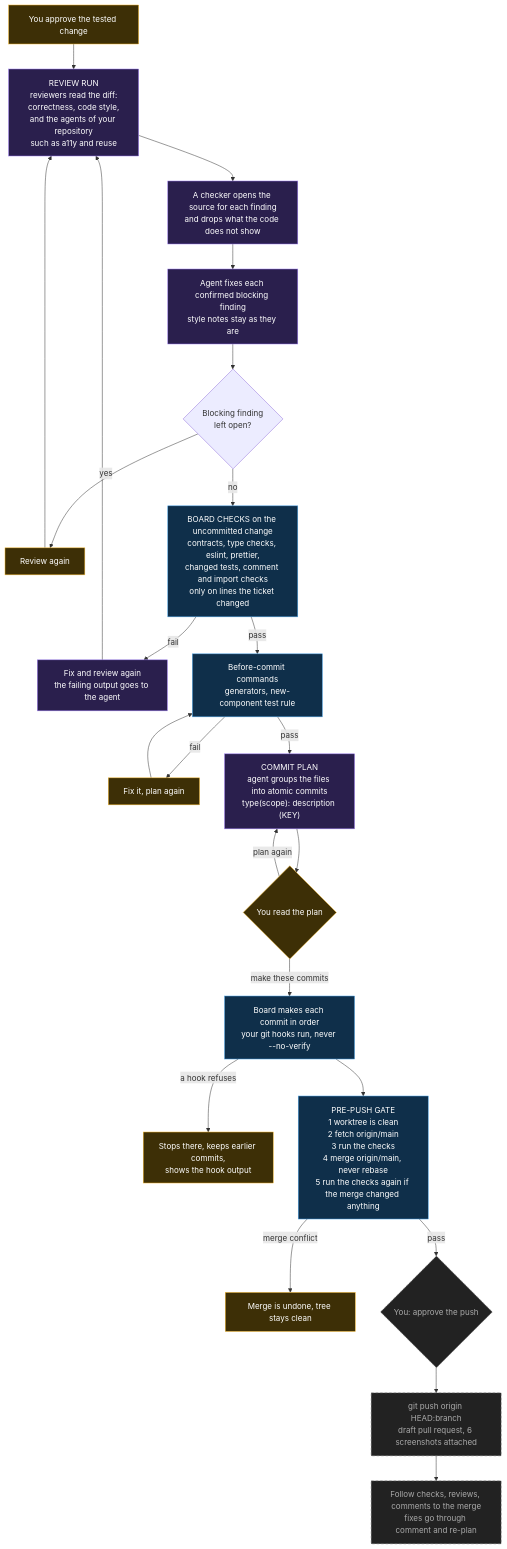
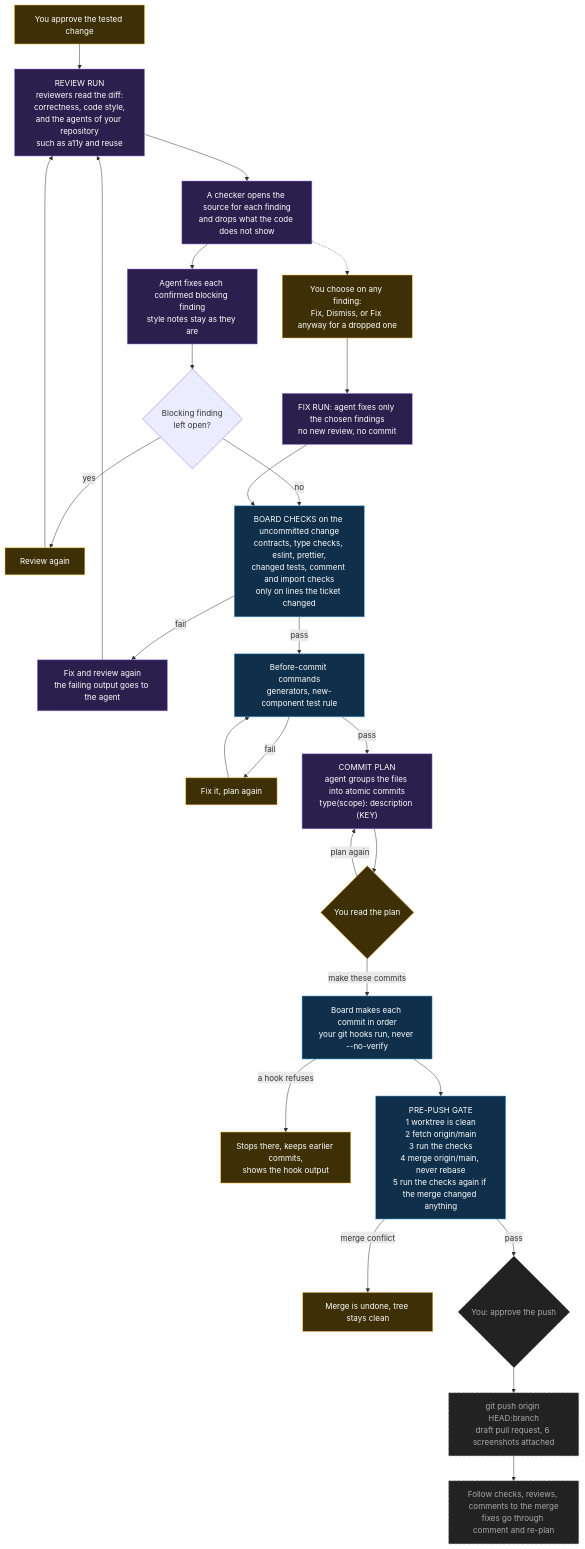
One commit to justindmyers/agent-ticket-board changed the sixth of 7 diagrams in FLOW.md. Above: the diagram before and after it, drawn with Mermaid. The commit also changed other lines of this file and 2 other files, not shown here.

First line of the commit message:
docs: describe the guard, the data labels and the finding choices

````diff
--- a/FLOW.md
+++ b/FLOW.md
@@ -188,44 +189,47 @@
 ```mermaid
 flowchart TD
   A["You approve the tested change"]:::human --> R
 
   R["REVIEW RUN<br/>reviewers read the diff:<br/>correctness, code style,<br/>and the agents of your repository<br/>such as a11y and reuse"]:::agent
   R --> V["A checker opens the source for each finding<br/>and drops what the code does not show"]:::agent
   V --> F["Agent fixes each confirmed blocking finding<br/>style notes stay as they are"]:::agent
   F --> OPEN{"Blocking finding<br/>left open?"}
   OPEN -->|"yes"| RA["Review again"]:::human
   RA --> R
   OPEN -->|"no"| CHK
+  V -.-> CHOOSE["You choose on any finding:<br/>Fix, Dismiss, or Fix anyway for a dropped one"]:::human
+  CHOOSE --> FIXCH["FIX RUN: agent fixes only the chosen findings<br/>no new review, no commit"]:::agent
+  FIXCH --> CHK
 
   CHK["BOARD CHECKS on the uncommitted change<br/>contracts, type checks, eslint, prettier,<br/>changed tests, comment and import checks<br/>only on lines the ticket changed"]:::board
   CHK -->|"fail"| FIXRV["Fix and review again<br/>the failing output goes to the agent"]:::agent
   FIXRV --> R
   CHK -->|"pass"| PREP
 
   PREP["Before-commit commands<br/>generators, new-component test rule"]:::board
   PREP -->|"fail"| PREPFIX["Fix it, plan again"]:::human
   PREPFIX --> PREP
   PREP -->|"pass"| CP
 
   CP["COMMIT PLAN<br/>agent groups the files into atomic commits<br/>type(scope): description (KEY)"]:::agent
   CP --> READ{"You read the plan"}:::human
   READ -->|"plan again"| CP
   READ -->|"make these commits"| COMMIT
 
   COMMIT["Board makes each commit in order<br/>your git hooks run, never --no-verify"]:::board
   COMMIT -->|"a hook refuses"| HOOKFAIL["Stops there, keeps earlier commits,<br/>shows the hook output"]:::human
   COMMIT --> GATE
 
   GATE["PRE-PUSH GATE<br/>1 worktree is clean<br/>2 fetch origin/main<br/>3 run the checks<br/>4 merge origin/main, never rebase<br/>5 run the checks again if the merge changed anything"]:::board
   GATE -->|"merge conflict"| UNDO["Merge is undone, tree stays clean"]:::human
   GATE -->|"pass"| PUSH
 
   PUSH{"You: approve the push"}:::planned
   PUSH --> PR["git push origin HEAD:branch<br/>draft pull request, 6 screenshots attached"]:::planned
   PR --> TRACK["Follow checks, reviews, comments to the merge<br/>fixes go through comment and re-plan"]:::planned
 
   classDef human fill:#3d2f06,stroke:#f5b82e,color:#fff
   classDef agent fill:#2a1f4d,stroke:#9b7bf0,color:#fff
   classDef board fill:#0f2f4a,stroke:#4aa3e8,color:#fff
   classDef planned fill:#222,stroke:#777,stroke-dasharray:5 4,color:#aaa
 ```
````
